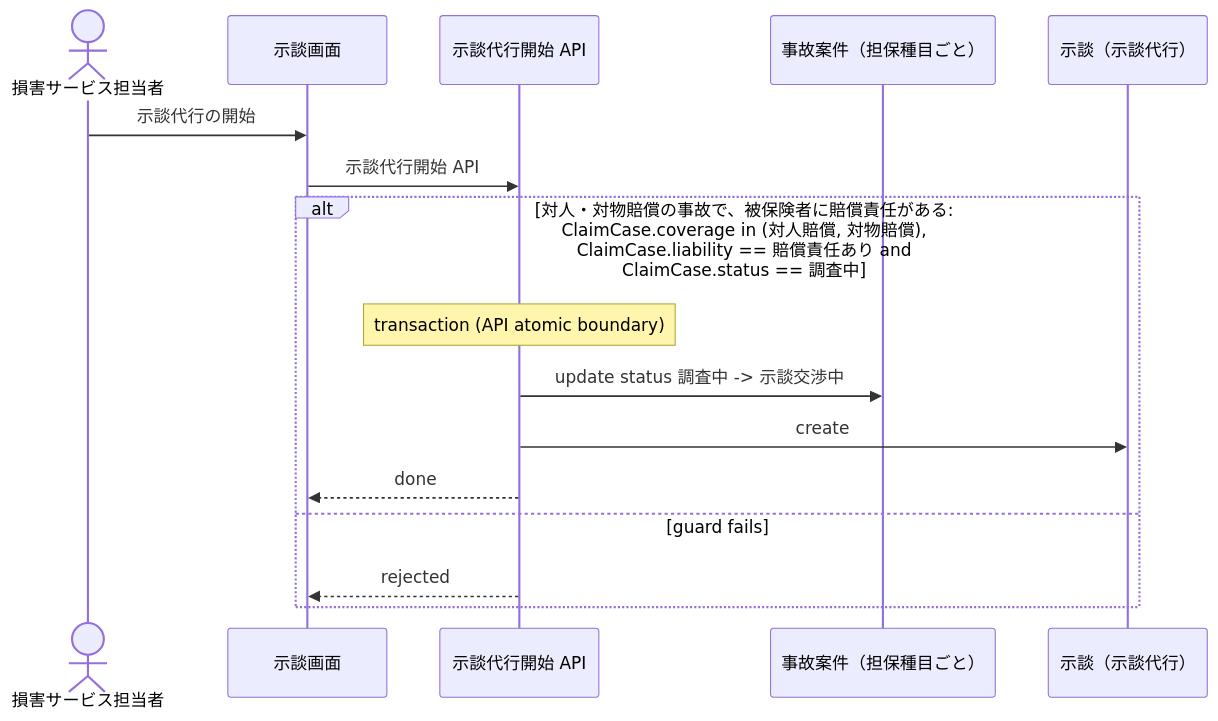
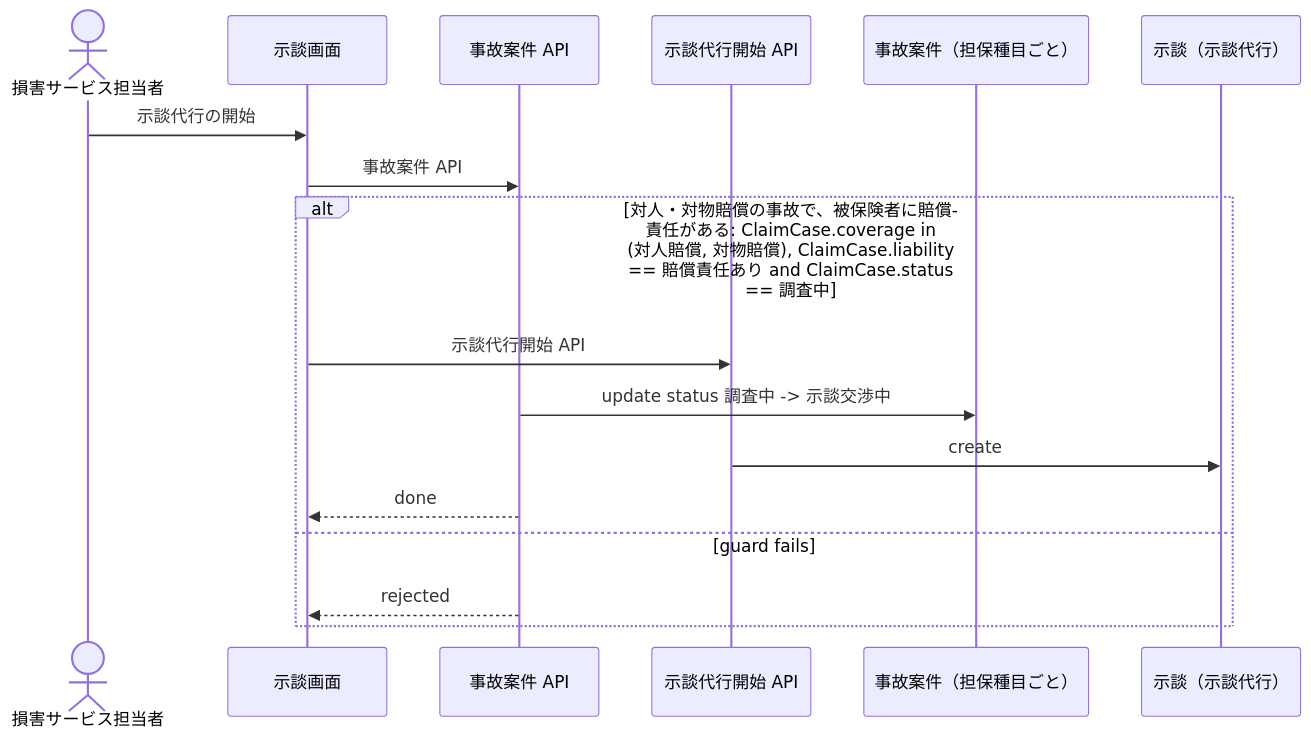
One commit to manji-0/rdra-ish-dsl changed the diagram in samples/insurance-claim-ops/out/uc/sequence_OpenSettlement.mmd. Above: the diagram before and after it, drawn with Mermaid. The commit also changed 46 other files, not shown here.

```diff
--- a/samples/insurance-claim-ops/out/uc/sequence_OpenSettlement.mmd
+++ b/samples/insurance-claim-ops/out/uc/sequence_OpenSettlement.mmd
@@ -1,19 +1,20 @@
 %% rdra-ish diagram=sequence scope=usecase:OpenSettlement model=samples/insurance-claim-ops
 %% kinds: actor screen api entity
 %% omitted: buc step medium permission condition
 sequenceDiagram
   actor actor__ClaimHandler as 損害サービス担当者
   participant screen__SettlementScreen as 示談画面
+  participant api__CaseApi as 事故案件 API
   participant api__SettlementCreateApi as 示談代行開始 API
   participant entity__ClaimCase as 事故案件（担保種目ごと）
   participant entity__Settlement as 示談（示談代行）
   actor__ClaimHandler ->> screen__SettlementScreen: 示談代行の開始
-  screen__SettlementScreen ->> api__SettlementCreateApi: 示談代行開始 API
+  screen__SettlementScreen ->> api__CaseApi: 事故案件 API
   alt 対人・対物賠償の事故で、被保険者に賠償責任がある: ClaimCase.coverage in (対人賠償, 対物賠償), ClaimCase.liability == 賠償責任あり and ClaimCase.status == 調査中
-    Note over api__SettlementCreateApi: transaction (API atomic boundary)
-    api__SettlementCreateApi ->> entity__ClaimCase: update status 調査中 -> 示談交渉中
+    screen__SettlementScreen ->> api__SettlementCreateApi: 示談代行開始 API
+    api__CaseApi ->> entity__ClaimCase: update status 調査中 -> 示談交渉中
     api__SettlementCreateApi ->> entity__Settlement: create
-    api__SettlementCreateApi -->> screen__SettlementScreen: done
+    api__CaseApi -->> screen__SettlementScreen: done
   else guard fails
-    api__SettlementCreateApi -->> screen__SettlementScreen: rejected
+    api__CaseApi -->> screen__SettlementScreen: rejected
   end
```
